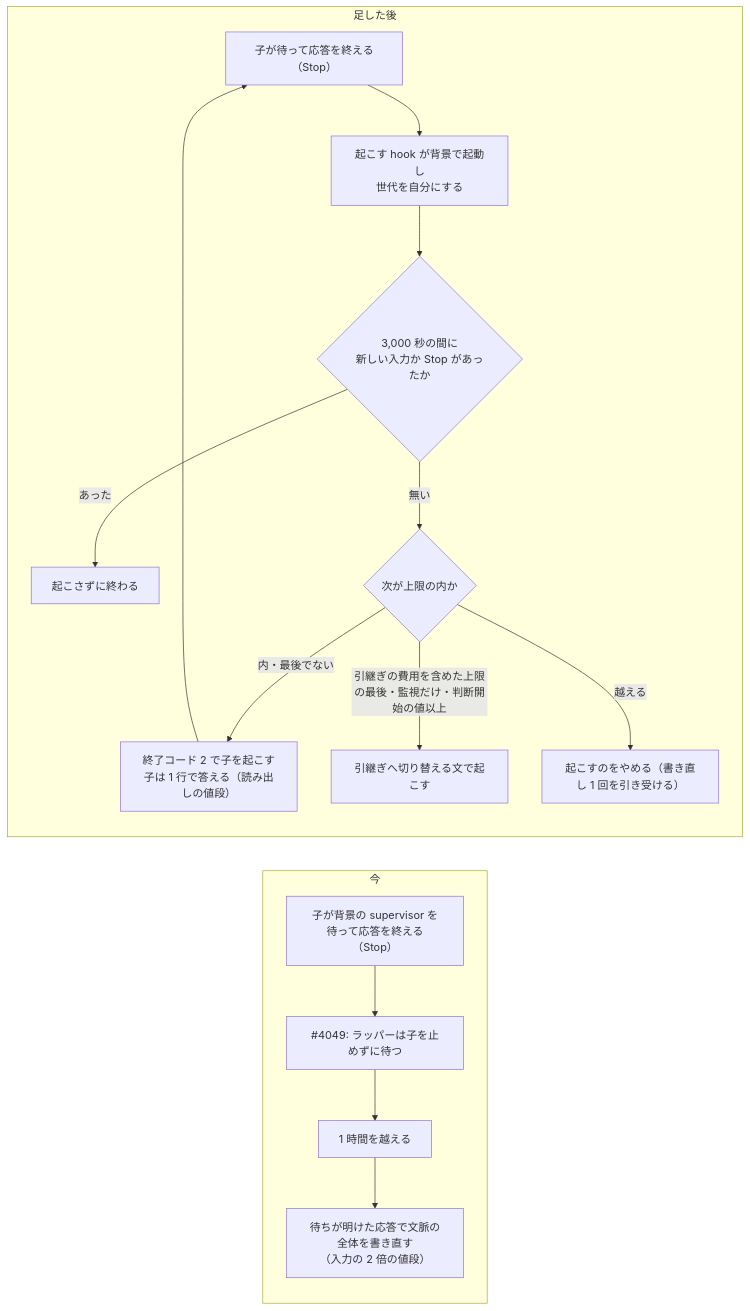
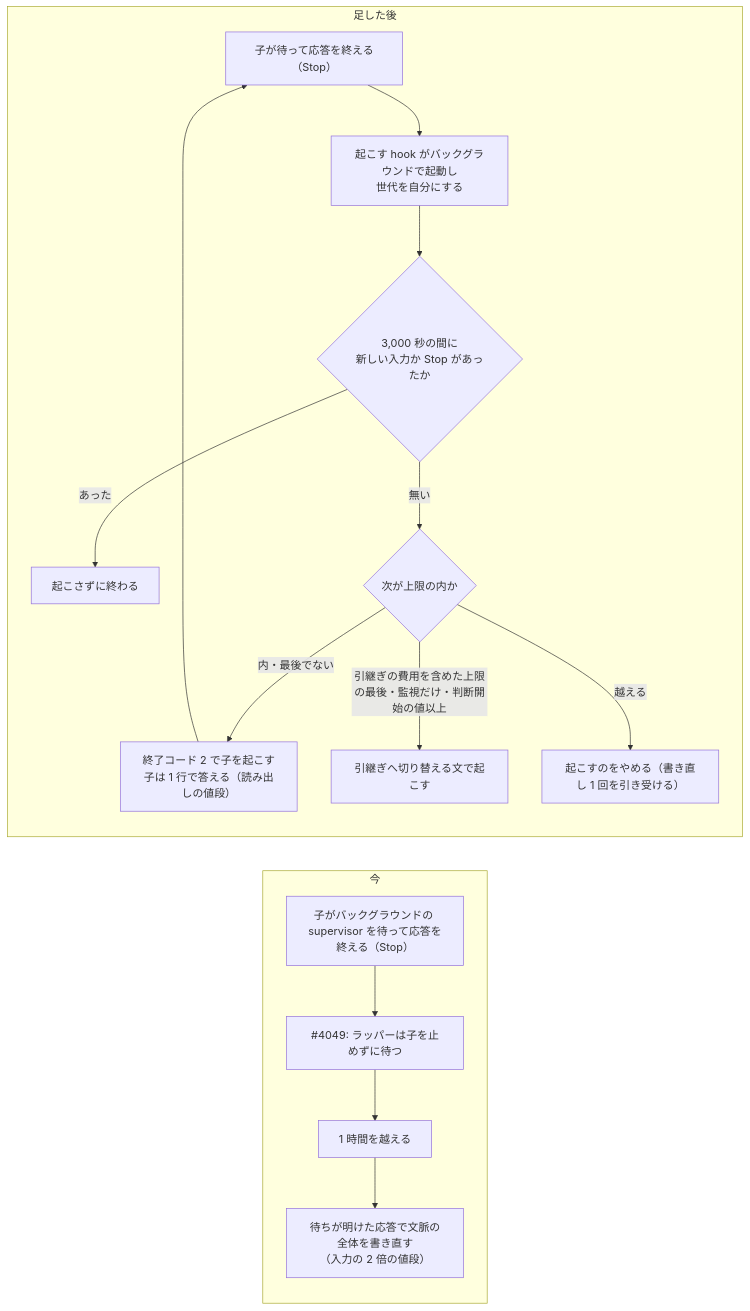
One commit to devbasex/ai-plugins changed the first of 2 diagrams in issues/issue-4068-4199-design.md. Above: the diagram before and after it, drawn with Mermaid. The commit also changed other lines of this file and 6 other files, not shown here.

````diff
--- a/issues/issue-4068-4199-design.md
+++ b/issues/issue-4068-4199-design.md
@@ -24,18 +24,18 @@
 ```mermaid
 flowchart LR
   subgraph 今
-    A1["子が背景の supervisor を待って応答を終える（Stop）"] --> A2["#4049: ラッパーは子を止めずに待つ"]
+    A1["子がバックグラウンドの supervisor を待って応答を終える（Stop）"] --> A2["#4049: ラッパーは子を止めずに待つ"]
     A2 --> A3["1 時間を越える"]
     A3 --> A4["待ちが明けた応答で文脈の全体を書き直す<br>（入力の 2 倍の値段）"]
   end
   subgraph 足した後
-    B1["子が待って応答を終える（Stop）"] --> B2["起こす hook が背景で起動し<br>世代を自分にする"]
+    B1["子が待って応答を終える（Stop）"] --> B2["起こす hook がバックグラウンドで起動し<br>世代を自分にする"]
     B2 --> B3{"3,000 秒の間に<br>新しい入力か Stop があったか"}
     B3 -- あった --> B9["起こさずに終わる"]
     B3 -- 無い --> B4{"次が上限の内か"}
     B4 -- 内・最後でない --> B5["終了コード 2 で子を起こす<br>子は 1 行で答える（読み出しの値段）"]
     B5 --> B1
     B4 -- 引継ぎの費用を含めた上限の最後・監視だけ・判断開始の値以上 --> B6["引継ぎへ切り替える文で起こす"]
     B4 -- 越える --> B7["起こすのをやめる（書き直し 1 回を引き受ける）"]
   end
 ```
````
